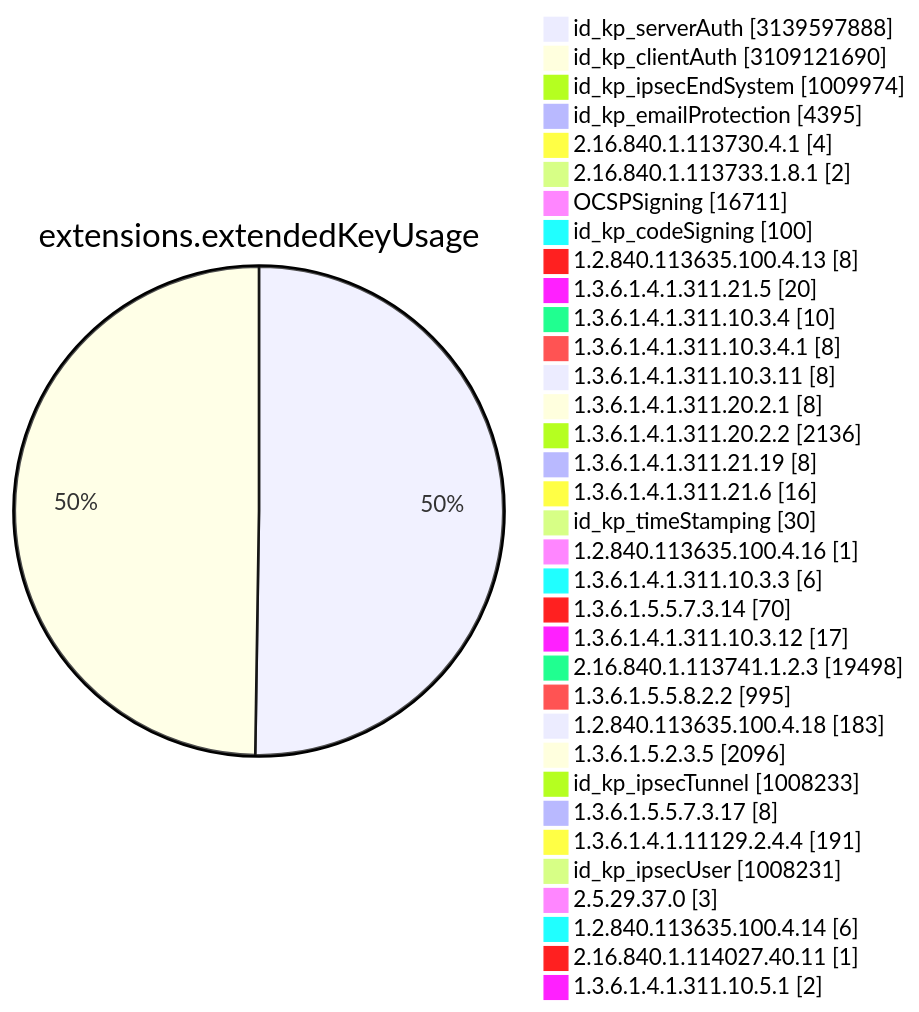
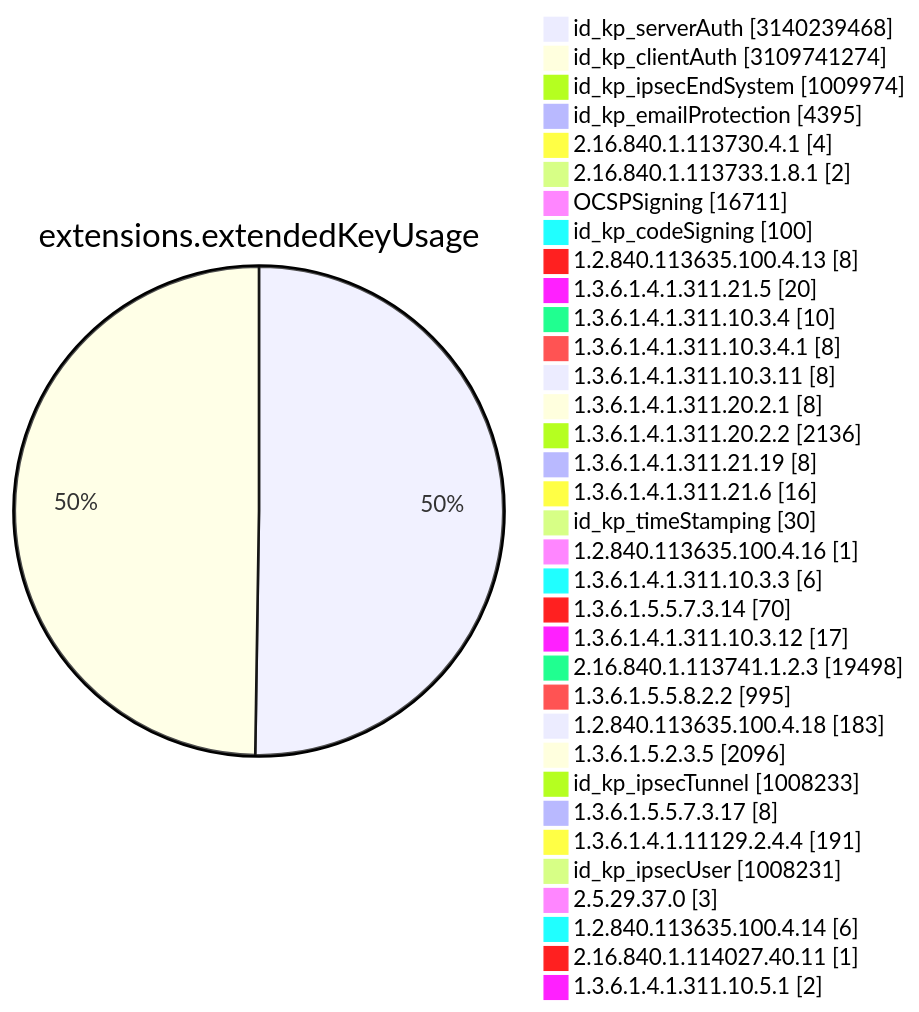
Before and after one commit to christiankrug/ctmonitor_visualization: diagram 11 of 15 in TOTAL/README.md, drawn with Mermaid. The commit also changed other lines of this file, not shown here.

````diff
--- a/TOTAL/README.md
+++ b/TOTAL/README.md
@@ -4119,38 +4119,38 @@
 ```mermaid
 pie showData
 title extensions.extendedKeyUsage
-"id_kp_serverAuth" :3139597888
-"id_kp_clientAuth" :3109121690
+"id_kp_serverAuth" :3140239468
+"id_kp_clientAuth" :3109741274
 "id_kp_ipsecEndSystem" :1009974
 "id_kp_emailProtection" :4395
 "2.16.840.1.113730.4.1" :4
 "2.16.840.1.113733.1.8.1" :2
 "OCSPSigning" :16711
 "id_kp_codeSigning" :100
 "1.2.840.113635.100.4.13" :8
 "1.3.6.1.4.1.311.21.5" :20
 "1.3.6.1.4.1.311.10.3.4" :10
 "1.3.6.1.4.1.311.10.3.4.1" :8
 "1.3.6.1.4.1.311.10.3.11" :8
 "1.3.6.1.4.1.311.20.2.1" :8
 "1.3.6.1.4.1.311.20.2.2" :2136
 "1.3.6.1.4.1.311.21.19" :8
 "1.3.6.1.4.1.311.21.6" :16
 "id_kp_timeStamping" :30
 "1.2.840.113635.100.4.16" :1
 "1.3.6.1.4.1.311.10.3.3" :6
 "1.3.6.1.5.5.7.3.14" :70
 "1.3.6.1.4.1.311.10.3.12" :17
 "2.16.840.1.113741.1.2.3" :19498
 "1.3.6.1.5.5.8.2.2" :995
 "1.2.840.113635.100.4.18" :183
 "1.3.6.1.5.2.3.5" :2096
 "id_kp_ipsecTunnel" :1008233
 "1.3.6.1.5.5.7.3.17" :8
 "1.3.6.1.4.1.11129.2.4.4" :191
 "id_kp_ipsecUser" :1008231
 "2.5.29.37.0" :3
 "1.2.840.113635.100.4.14" :6
 "2.16.840.1.114027.40.11" :1
 "1.3.6.1.4.1.311.10.5.1" :2
 ```
````
